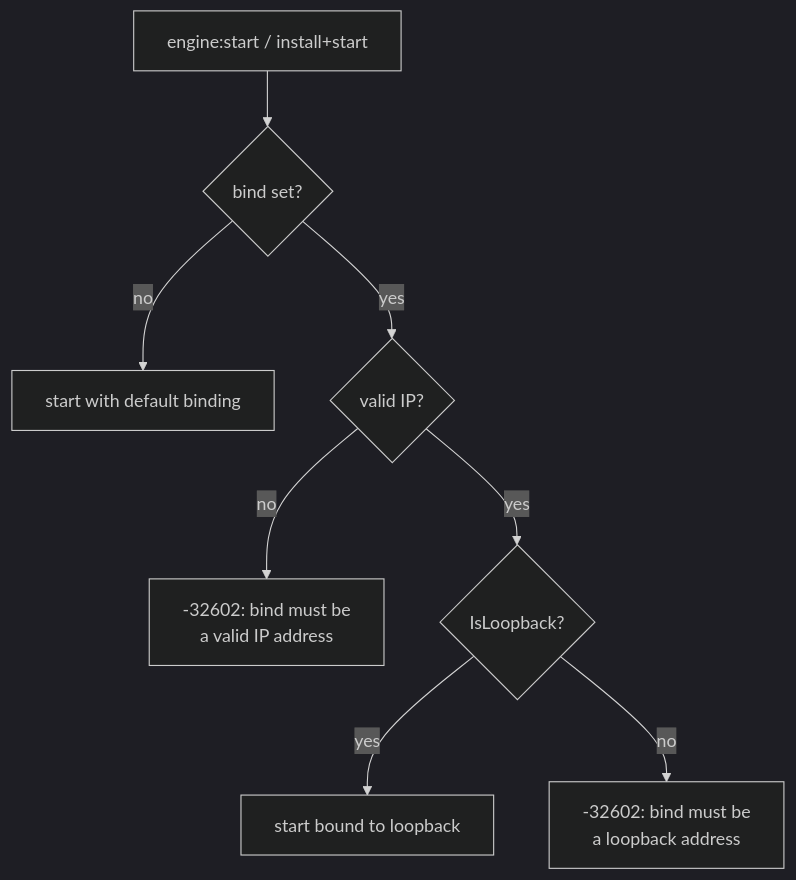
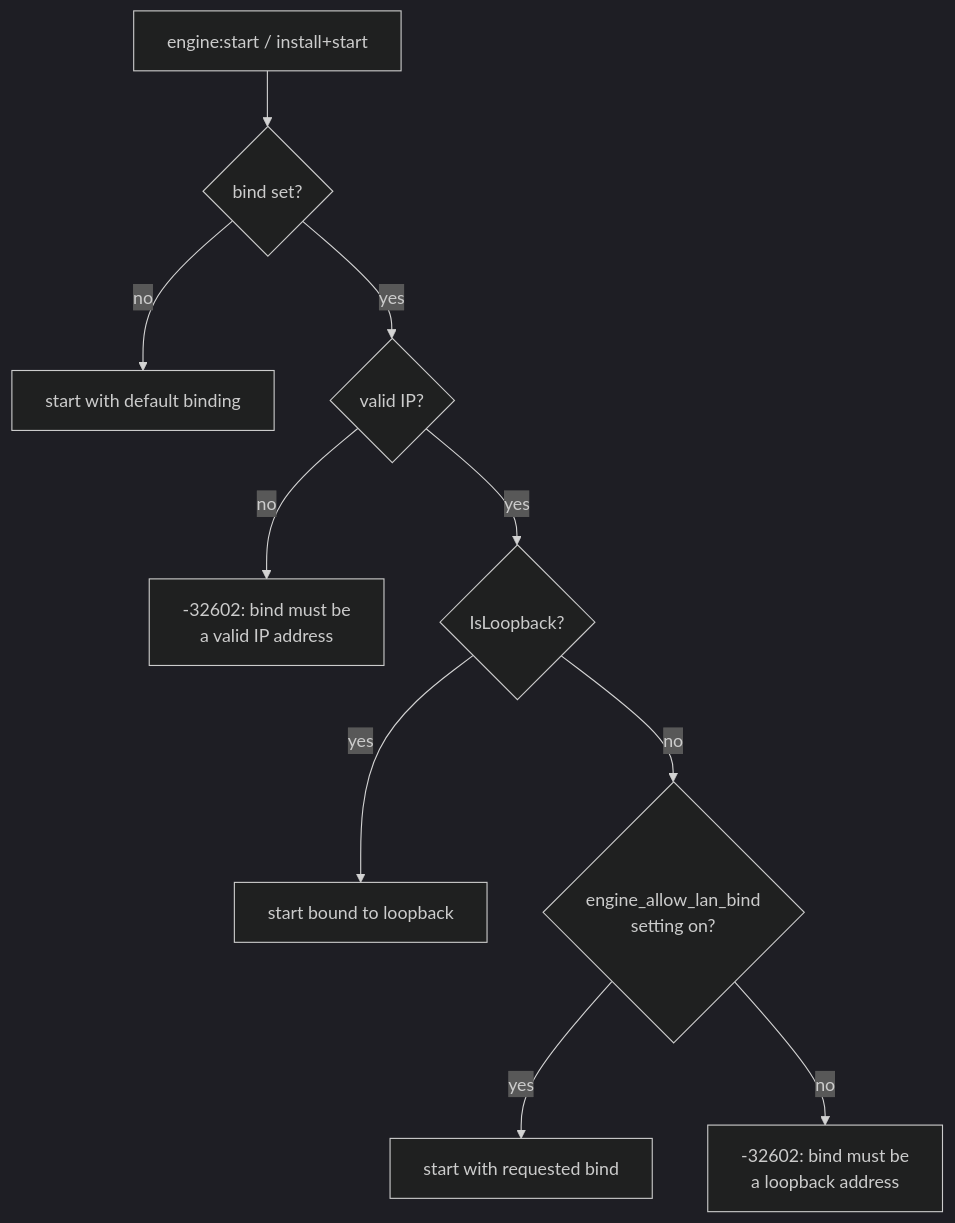
One commit to NVIDIA/Personal-AI-Router changed the diagram in docs/engine-bind-validation.mdx. Above: the diagram before and after it, drawn with Mermaid (dark theme). The commit also changed other lines of this file, not shown here.

First line of the commit message:
docs: describe the LAN bind opt-in

````diff
--- a/docs/engine-bind-validation.mdx
+++ b/docs/engine-bind-validation.mdx
@@ -42,10 +44,12 @@
 ```mermaid
 flowchart TD
     A[engine:start / install+start] --> B{bind set?}
     B -->|no| C[start with default binding]
     B -->|yes| D{valid IP?}
     D -->|no| E[-32602: bind must be<br/>a valid IP address]
     D -->|yes| F{IsLoopback?}
     F -->|yes| G[start bound to loopback]
-    F -->|no| H[-32602: bind must be<br/>a loopback address]
+    F -->|no| H{engine_allow_lan_bind<br/>setting on?}
+    H -->|yes| I[start with requested bind]
+    H -->|no| J[-32602: bind must be<br/>a loopback address]
 ```
````
